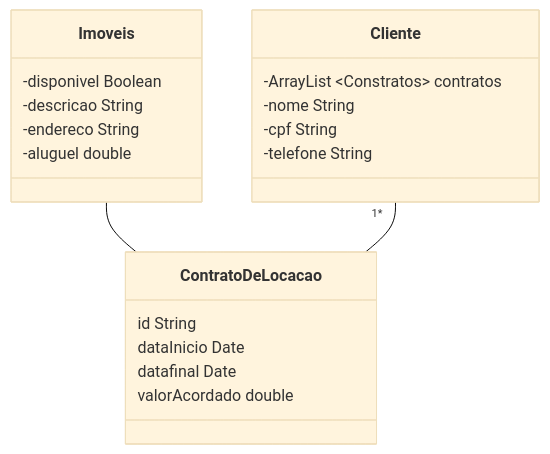
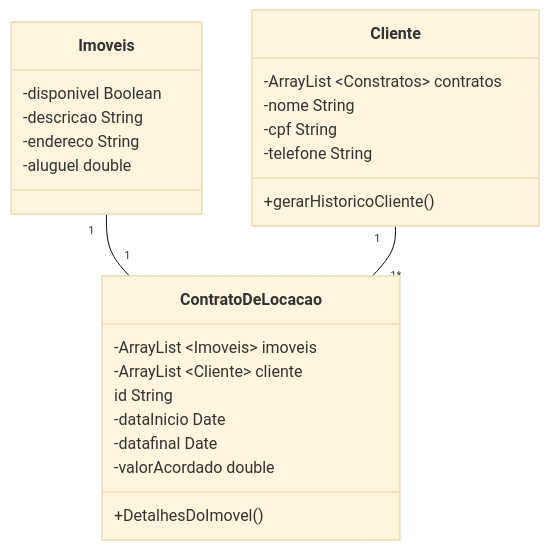
The diagram in src/Atividade2/Readme.md (antonio-anascimento/estrutura_de_dados_2026.2), drawn with Mermaid (base theme) before and after one commit. The commit also changed 3 other files, not shown here.

````diff
--- a/src/Atividade2/Readme.md
+++ b/src/Atividade2/Readme.md
@@ -1,32 +1,37 @@
 ```mermaid
 classDiagram
     
-    Imoveis -- ContratoDeLocacao
-    Cliente "1*"-- ContratoDeLocacao
-
+    Imoveis "1"--"1" ContratoDeLocacao
+    Cliente "1"--"1*" ContratoDeLocacao
+     
     
     class Imoveis{
         -disponivel Boolean 
         -descricao String
         -endereco String
         -aluguel double
     }
     
     class Cliente{
         -ArrayList ~Constratos~ contratos
         -nome String
         -cpf String
         -telefone String
+        +gerarHistoricoCliente()
     }
     
     class ContratoDeLocacao{
+
+        -ArrayList ~Imoveis~ imoveis
+        -ArrayList ~Cliente~ cliente
         id String
-        dataInicio Date
-        datafinal Date
-        valorAcordado double
+        -dataInicio Date
+        -datafinal Date
+        -valorAcordado double
+        +DetalhesDoImovel()
         
     }
     
 
 
 ```
````
